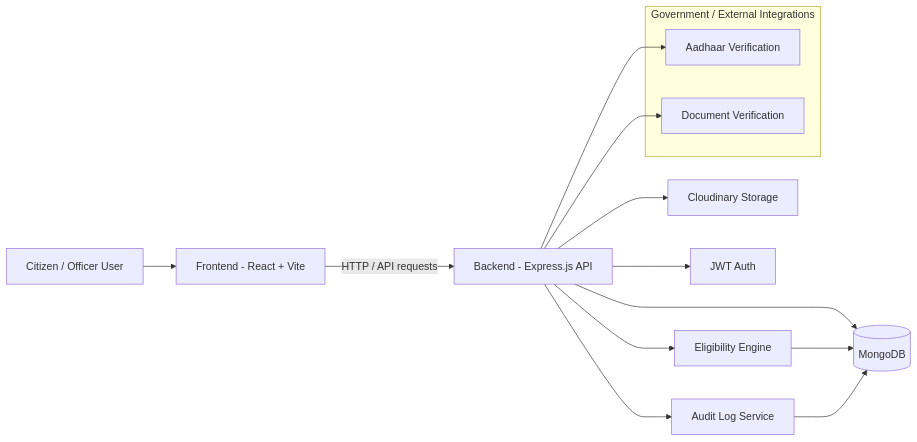
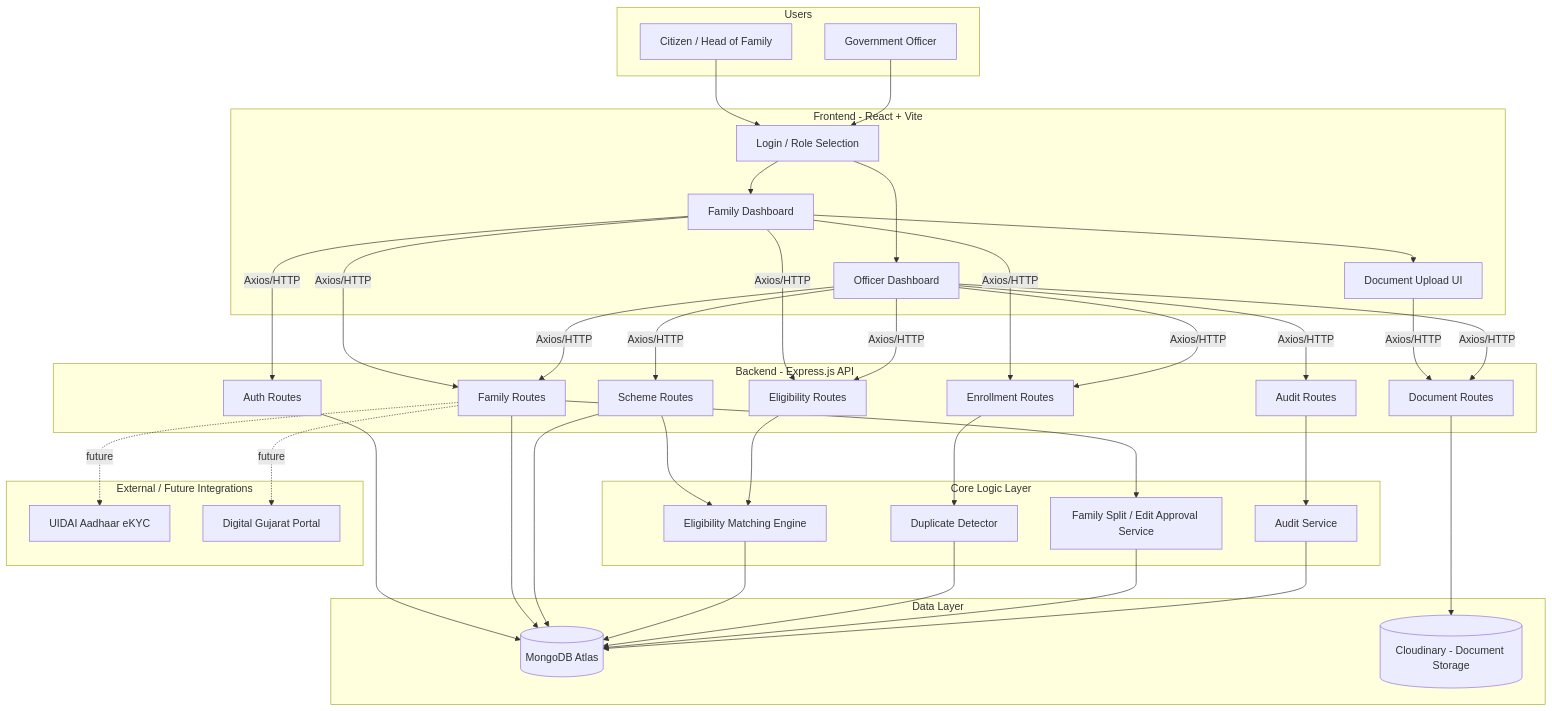
One commit to PatelApurv22/EkParivar changed the diagram in README.md. Above: the diagram before and after it, drawn with Mermaid. The commit also changed other lines of this file, not shown here.

Commit message:
Enhance README with detailed project overview, user roles, architecture diagram, and key features

````diff
--- a/README.md
+++ b/README.md
@@ -16,30 +27,77 @@
 ```mermaid
-flowchart LR
-    User[Citizen / Officer User]
-    FE[Frontend - React + Vite]
-    API[Backend - Express.js API]
-    DB[(MongoDB)]
-    Cloud[Cloudinary Storage]
-    Auth[JWT Auth]
-    Rules[Eligibility Engine]
-    Audit[Audit Log Service]
-
-    User --> FE
-    FE -->|HTTP / API requests| API
-    API --> Auth
-    API --> DB
-    API --> Cloud
-    API --> Rules
-    API --> Audit
-
-    Rules --> DB
-    Audit --> DB
-
-    subgraph GovServices[Government / External Integrations]
-        AAD[Aadhaar Verification]
-        DOC[Document Verification]
+flowchart TB
+    subgraph Users["Users"]
+        Citizen[Citizen / Head of Family]
+        Officer[Government Officer]
     end
 
-    API --> AAD
-    API --> DOC
+    subgraph Frontend["Frontend - React + Vite"]
+        Login[Login / Role Selection]
+        FamilyUI[Family Dashboard]
+        OfficerUI[Officer Dashboard]
+        DocsUI[Document Upload UI]
+    end
+
+    subgraph Backend["Backend - Express.js API"]
+        AuthAPI[Auth Routes]
+        FamilyAPI[Family Routes]
+        SchemeAPI[Scheme Routes]
+        EligAPI[Eligibility Routes]
+        EnrollAPI[Enrollment Routes]
+        DocAPI[Document Routes]
+        AuditAPI[Audit Routes]
+    end
+
+    subgraph Logic["Core Logic Layer"]
+        EligEngine[Eligibility Matching Engine]
+        DupDetector[Duplicate Detector]
+        AuditService[Audit Service]
+        SplitService[Family Split / Edit Approval Service]
+    end
+
+    subgraph Data["Data Layer"]
+        MongoDB[(MongoDB Atlas)]
+        Cloudinary[(Cloudinary - Document Storage)]
+    end
+
+    subgraph External["External / Future Integrations"]
+        UIDAI[UIDAI Aadhaar eKYC]
+        DigitalGuj[Digital Gujarat Portal]
+    end
+
+    Citizen --> Login
+    Officer --> Login
+    Login --> FamilyUI
+    Login --> OfficerUI
+    FamilyUI --> DocsUI
+
+    FamilyUI -->|Axios/HTTP| AuthAPI
+    FamilyUI -->|Axios/HTTP| FamilyAPI
+    FamilyUI -->|Axios/HTTP| EligAPI
+    FamilyUI -->|Axios/HTTP| EnrollAPI
+    DocsUI -->|Axios/HTTP| DocAPI
+
+    OfficerUI -->|Axios/HTTP| FamilyAPI
+    OfficerUI -->|Axios/HTTP| SchemeAPI
+    OfficerUI -->|Axios/HTTP| EligAPI
+    OfficerUI -->|Axios/HTTP| EnrollAPI
+    OfficerUI -->|Axios/HTTP| DocAPI
+    OfficerUI -->|Axios/HTTP| AuditAPI
+
+    FamilyAPI --> SplitService
+    SchemeAPI --> EligEngine
+    EligAPI --> EligEngine
+    EnrollAPI --> DupDetector
+    DocAPI --> Cloudinary
+    AuthAPI --> MongoDB
+    FamilyAPI --> MongoDB
+    SchemeAPI --> MongoDB
+    EligEngine --> MongoDB
+    DupDetector --> MongoDB
+    SplitService --> MongoDB
+    AuditService --> MongoDB
+    AuditAPI --> AuditService
+
+    FamilyAPI -.future.-> UIDAI
+    FamilyAPI -.future.-> DigitalGuj
 ```
````
